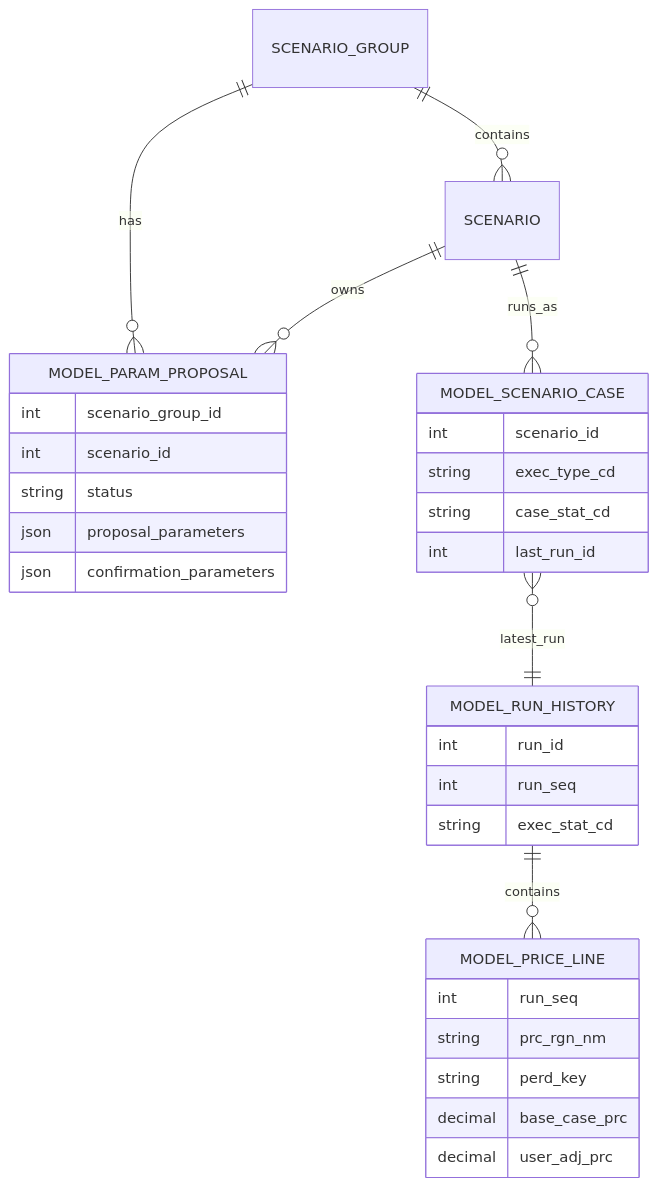
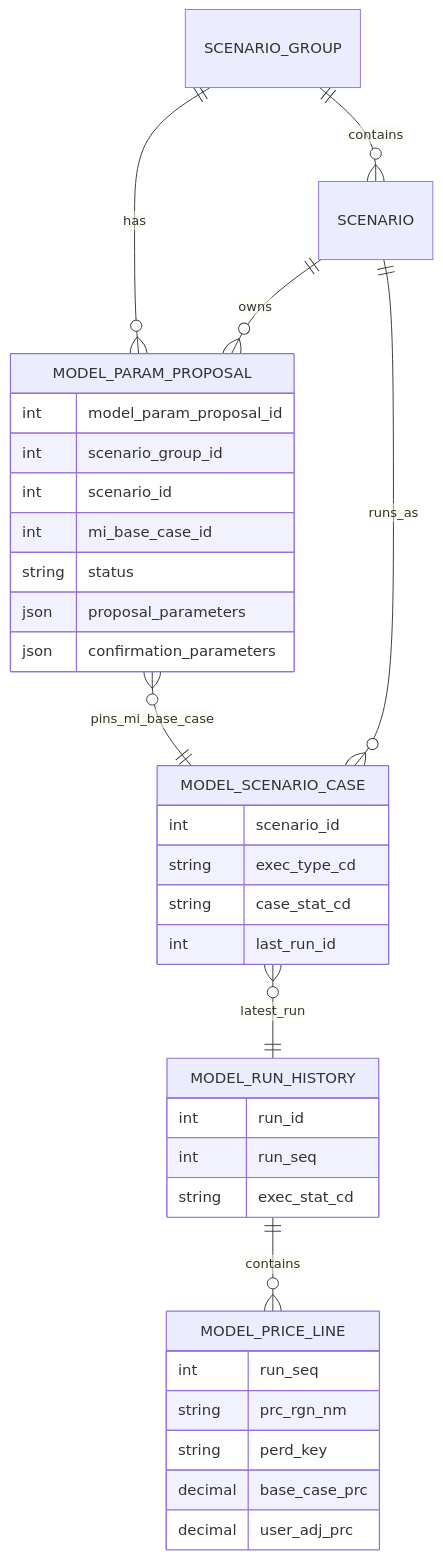
Before and after one commit to enkhbaatarL/skmip-mi-agent: the diagram in docs/agents/interpret_agent/04_INTERPRET_AGENT_DB_SPEC.md, drawn with Mermaid. The commit also changed other lines of this file and 20 other files, not shown here.

````diff
--- a/docs/agents/interpret_agent/04_INTERPRET_AGENT_DB_SPEC.md
+++ b/docs/agents/interpret_agent/04_INTERPRET_AGENT_DB_SPEC.md
@@ -28,35 +28,38 @@
 ```mermaid
 erDiagram
     SCENARIO_GROUP ||--o{ MODEL_PARAM_PROPOSAL : has
     SCENARIO ||--o{ MODEL_PARAM_PROPOSAL : owns
+    MODEL_PARAM_PROPOSAL }o--|| MODEL_SCENARIO_CASE : pins_mi_base_case
     SCENARIO_GROUP ||--o{ SCENARIO : contains
     SCENARIO ||--o{ MODEL_SCENARIO_CASE : runs_as
     MODEL_SCENARIO_CASE }o--|| MODEL_RUN_HISTORY : latest_run
     MODEL_RUN_HISTORY ||--o{ MODEL_PRICE_LINE : contains
 
     MODEL_PARAM_PROPOSAL {
+        int model_param_proposal_id
         int scenario_group_id
         int scenario_id
+        int mi_base_case_id
         string status
         json proposal_parameters
         json confirmation_parameters
     }
     MODEL_SCENARIO_CASE {
         int scenario_id
         string exec_type_cd
         string case_stat_cd
         int last_run_id
     }
     MODEL_RUN_HISTORY {
         int run_id
         int run_seq
         string exec_stat_cd
     }
     MODEL_PRICE_LINE {
         int run_seq
         string prc_rgn_nm
         string perd_key
         decimal base_case_prc
         decimal user_adj_prc
     }
 ```
````
